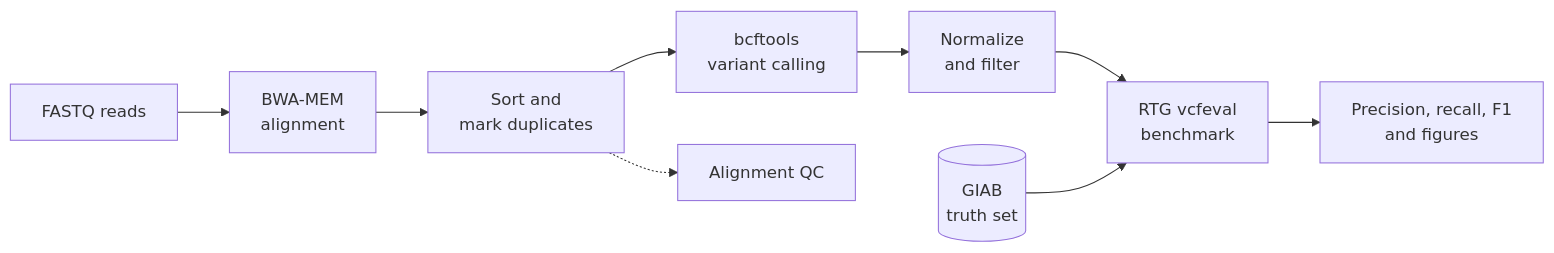
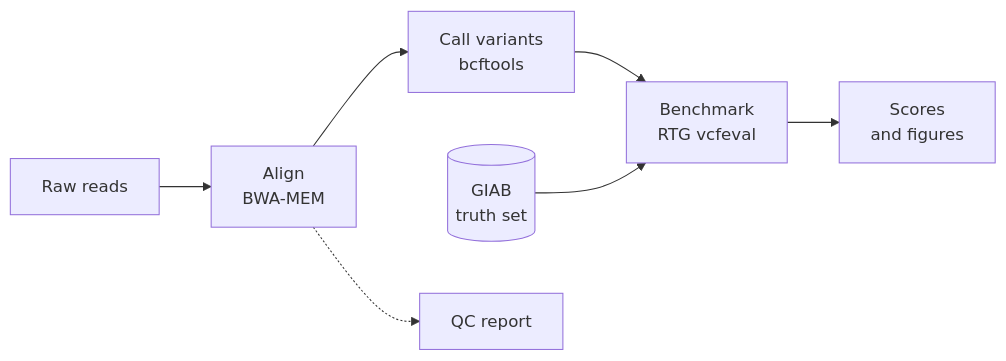
Before and after one commit to bluisa12/variant-calling-pipeline: the diagram in README.md, drawn with Mermaid.

Commit message:
Simplify pipeline diagram so it reads at normal size

````diff
--- a/README.md
+++ b/README.md
@@ -23,11 +23,9 @@
 ```mermaid
 flowchart LR
-    A[FASTQ reads] --> B[BWA-MEM<br/>alignment]
-    B --> C[Sort and<br/>mark duplicates]
-    C --> D[bcftools<br/>variant calling]
-    D --> E[Normalize<br/>and filter]
-    E --> F[RTG vcfeval<br/>benchmark]
-    T[(GIAB<br/>truth set)] --> F
-    F --> G[Precision, recall, F1<br/>and figures]
-    C -.-> Q[Alignment QC]
+    A[Raw reads] --> B[Align<br/>BWA-MEM]
+    B --> C[Call variants<br/>bcftools]
+    C --> D[Benchmark<br/>RTG vcfeval]
+    T[(GIAB<br/>truth set)] --> D
+    D --> E[Scores<br/>and figures]
+    B -.-> Q[QC report]
 ```
````
